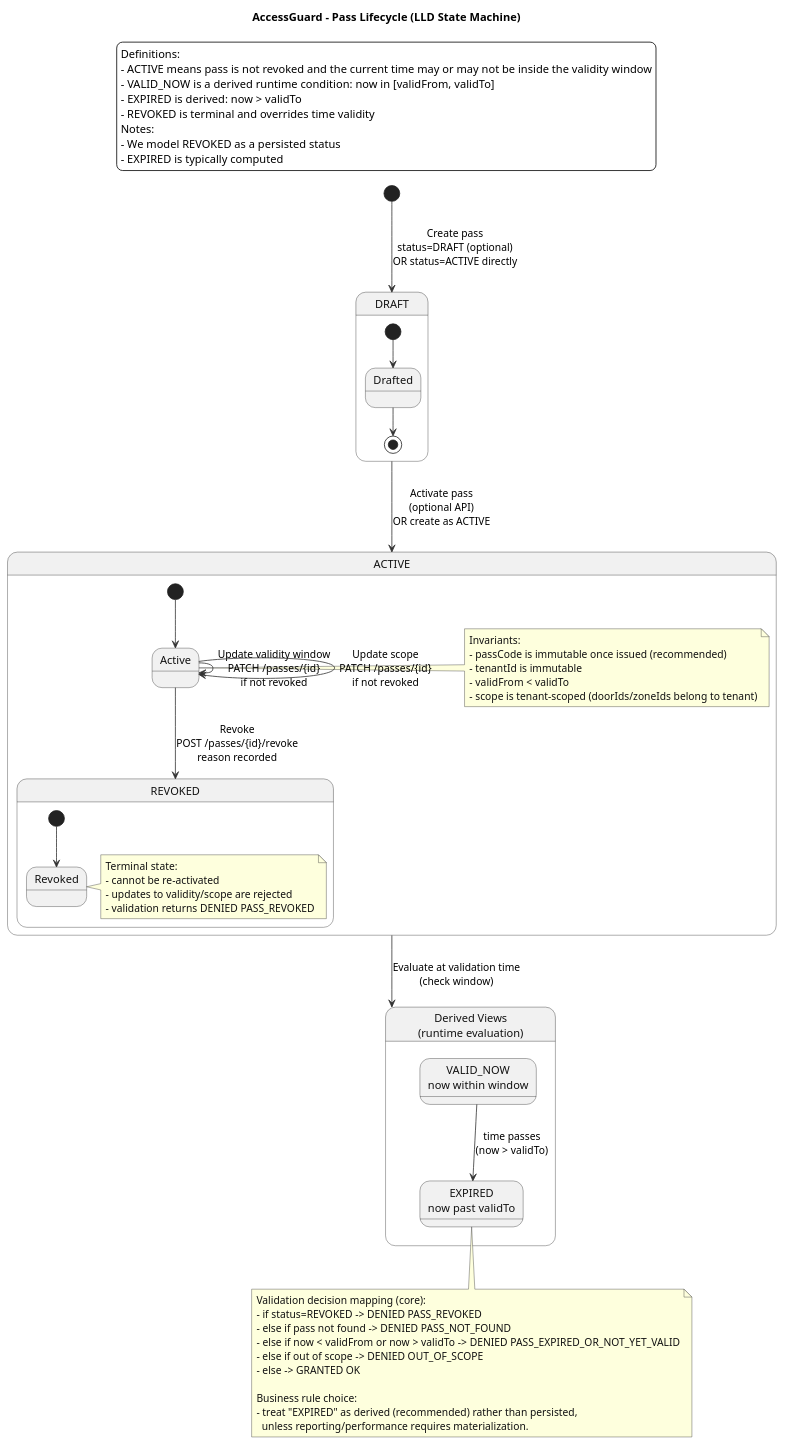
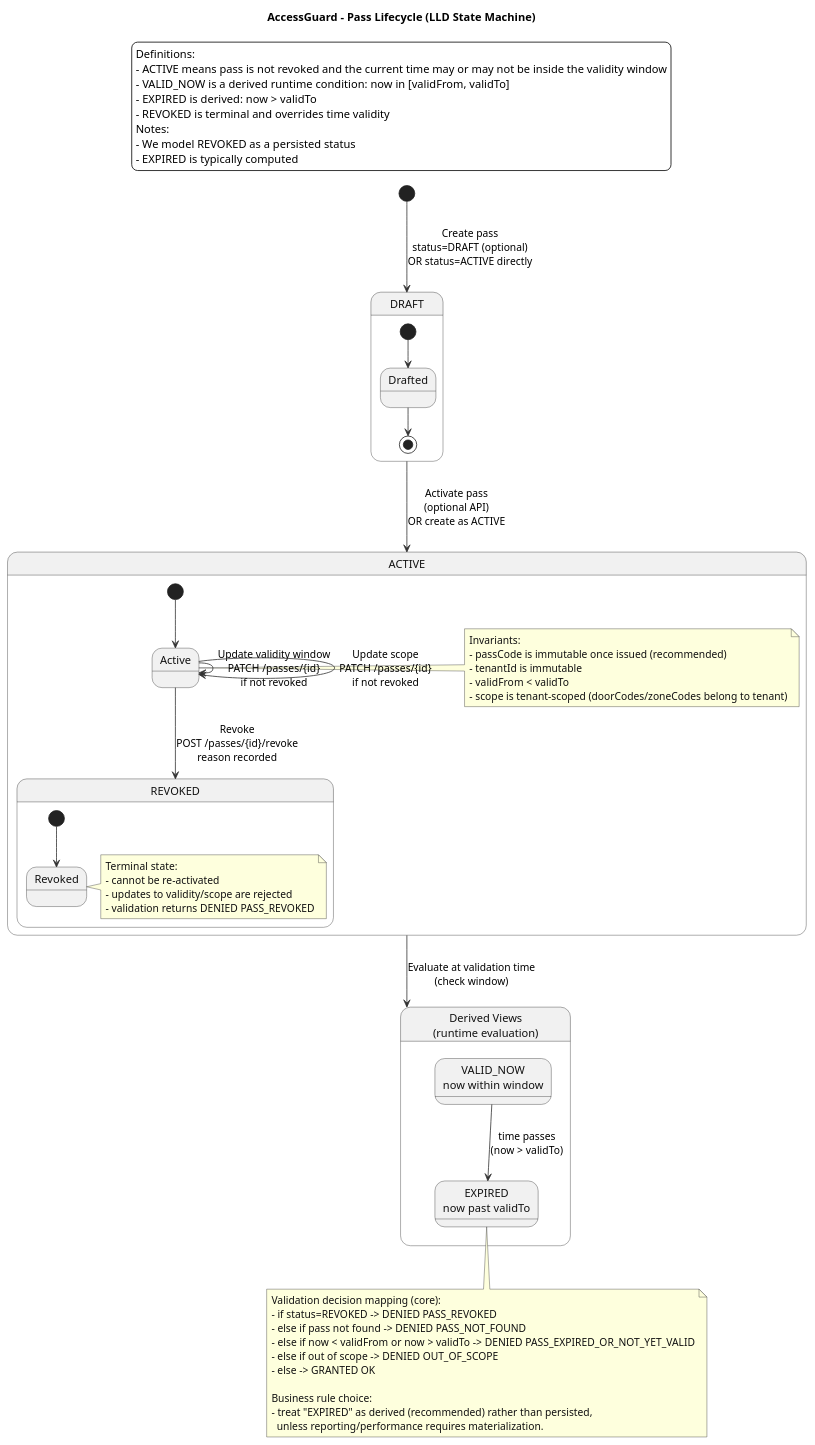
The diagram in docs/diagrams/lld/03-core-domain-state-machine.puml (Pankaj-Singh-Nirmal/accessguard), drawn with PlantUML before and after one commit. The commit also changed 6 other files, not shown here.

```diff
--- a/docs/diagrams/lld/03-core-domain-state-machine.puml
+++ b/docs/diagrams/lld/03-core-domain-state-machine.puml
@@ -1,86 +1,86 @@
 @startuml
 title AccessGuard - Pass Lifecycle (LLD State Machine)
 
 skinparam backgroundColor white
 skinparam shadowing false
 skinparam state {
   BorderColor #333333
   FontColor #111111
   ArrowColor #333333
 }
 skinparam note {
   BorderColor #333333
   FontColor #111111
 }
 
 legend top
 Definitions:
 - ACTIVE means pass is not revoked and the current time may or may not be inside the validity window
 - VALID_NOW is a derived runtime condition: now in [validFrom, validTo]
 - EXPIRED is derived: now > validTo
 - REVOKED is terminal and overrides time validity
 Notes:
 - We model REVOKED as a persisted status
 - EXPIRED is typically computed
 endlegend
 
 [*] --> DRAFT : Create pass\nstatus=DRAFT (optional)\nOR status=ACTIVE directly
 
 state DRAFT {
   [*] --> Drafted
   Drafted --> [*]
 }
 
 DRAFT --> ACTIVE : Activate pass\n(optional API)\nOR create as ACTIVE
 
 state ACTIVE {
   [*] --> Active
 
   note right of Active
   Invariants:
   - passCode is immutable once issued (recommended)
   - tenantId is immutable
   - validFrom < validTo
-  - scope is tenant-scoped (doorIds/zoneIds belong to tenant)
+  - scope is tenant-scoped (doorCodes/zoneCodes belong to tenant)
   end note
 
   Active --> Active : Update validity window\nPATCH /passes/{id}\nif not revoked
   Active --> Active : Update scope\nPATCH /passes/{id}\nif not revoked
 
   Active --> REVOKED : Revoke\nPOST /passes/{id}/revoke\nreason recorded
 }
 
 state REVOKED {
   [*] --> Revoked
   note right of Revoked
   Terminal state:
   - cannot be re-activated
   - updates to validity/scope are rejected
   - validation returns DENIED PASS_REVOKED
   end note
 }
 
 ' Derived state views (not persisted states)
 state "Derived Views\n(runtime evaluation)" as Derived {
   state "VALID_NOW\nnow within window" as VALID_NOW
   state "EXPIRED\nnow past validTo" as EXPIRED
 
   VALID_NOW --> EXPIRED : time passes\n(now > validTo)
 }
 
 ACTIVE --> Derived : Evaluate at validation time\n(check window)
 
 note bottom
 Validation decision mapping (core):
 - if status=REVOKED -> DENIED PASS_REVOKED
 - else if pass not found -> DENIED PASS_NOT_FOUND
 - else if now < validFrom or now > validTo -> DENIED PASS_EXPIRED_OR_NOT_YET_VALID
 - else if out of scope -> DENIED OUT_OF_SCOPE
 - else -> GRANTED OK
 
 Business rule choice:
 - treat "EXPIRED" as derived (recommended) rather than persisted,
   unless reporting/performance requires materialization.
 end note
 
 @enduml
```
